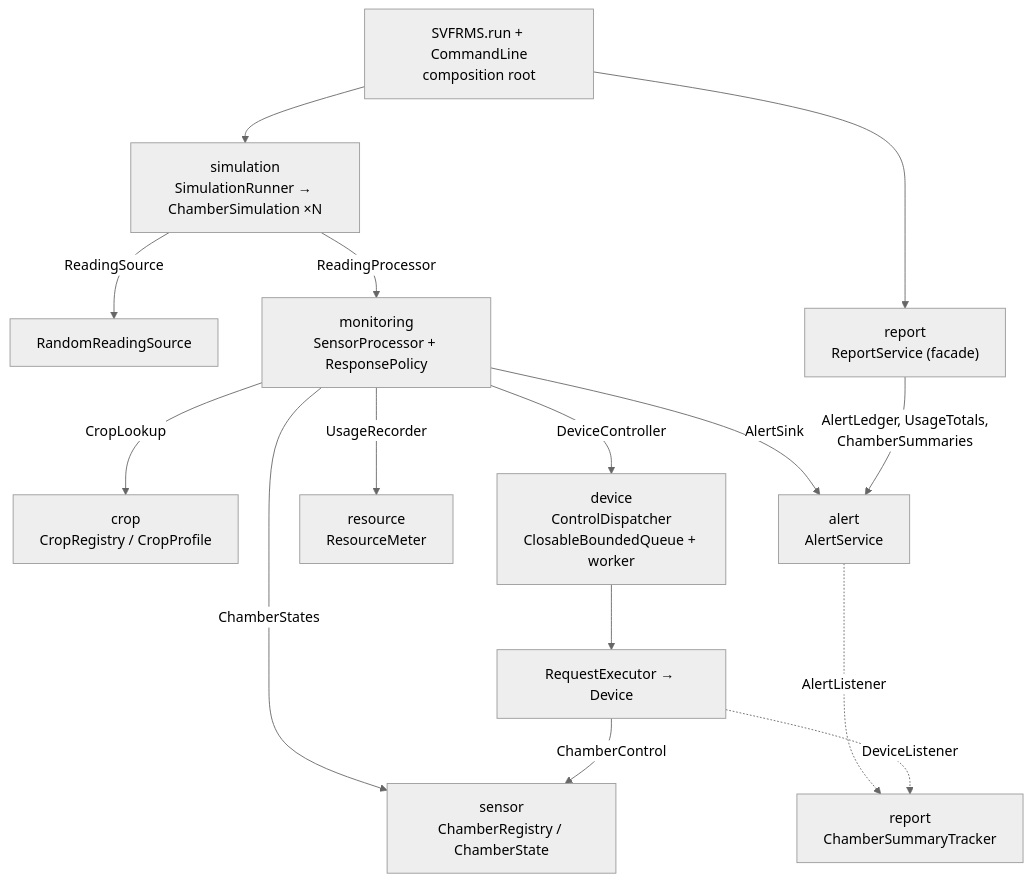
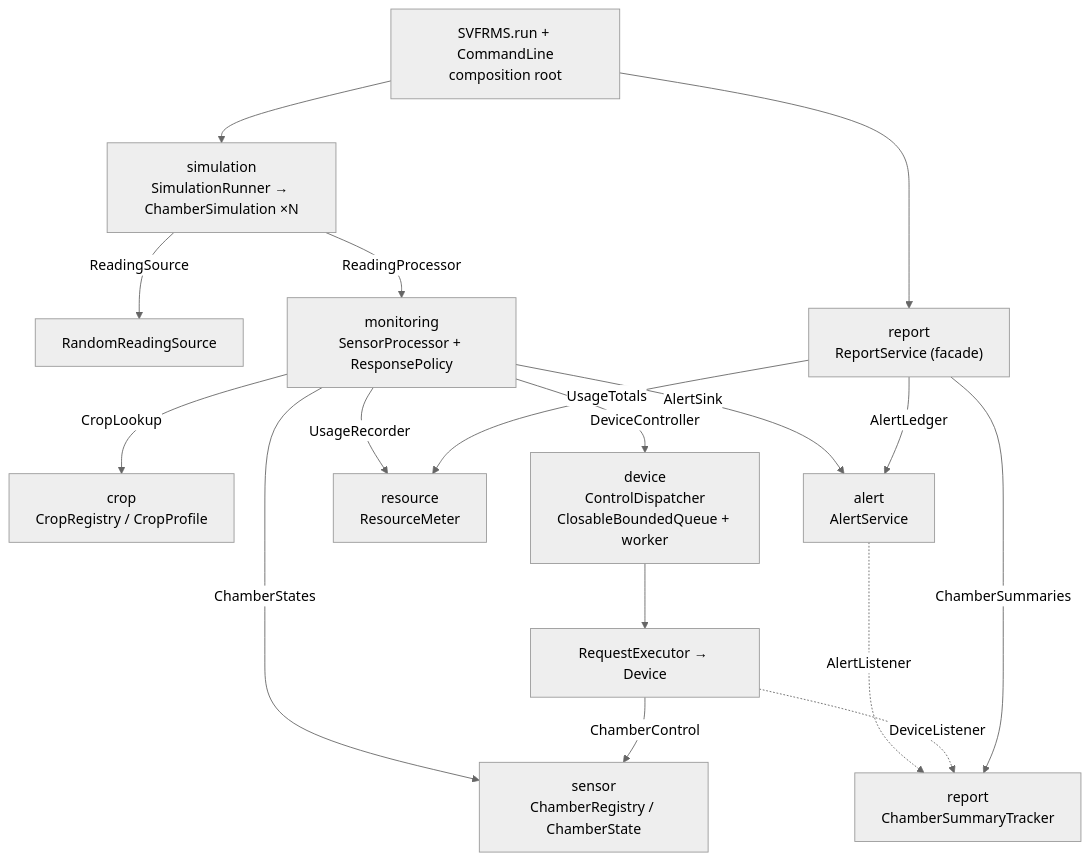
One commit to jarenlimhaan/se301-svfrms changed the first of 4 diagrams in README.md. Above: the diagram before and after it, drawn with Mermaid (neutral theme). The commit also changed other lines of this file and 35 other files, not shown here.

````diff
--- a/README.md
+++ b/README.md
@@ -111,17 +112,19 @@
 ```mermaid
 flowchart TB
     Main["SVFRMS.run + CommandLine<br/>composition root"] --> Sim["simulation<br/>SimulationRunner → ChamberSimulation ×N"]
     Sim -->|ReadingSource| RS["RandomReadingSource"]
     Sim -->|ReadingProcessor| SP["monitoring<br/>SensorProcessor + ResponsePolicy"]
     SP -->|CropLookup| CR["crop<br/>CropRegistry / CropProfile"]
     SP -->|ChamberStates| CH["sensor<br/>ChamberRegistry / ChamberState"]
     SP -->|AlertSink| AS["alert<br/>AlertService"]
     SP -->|UsageRecorder| RM["resource<br/>ResourceMeter"]
     SP -->|DeviceController| CD["device<br/>ControlDispatcher<br/>ClosableBoundedQueue + worker"]
     CD --> EX["RequestExecutor → Device"]
     EX -->|ChamberControl| CH
     AS -.AlertListener.-> CST["report<br/>ChamberSummaryTracker"]
     EX -.DeviceListener.-> CST
     Main --> REP["report<br/>ReportService (facade)"]
-    REP -->|AlertLedger, UsageTotals,<br/>ChamberSummaries| AS
+    REP -->|AlertLedger| AS
+    REP -->|UsageTotals| RM
+    REP -->|ChamberSummaries| CST
 ```
````
